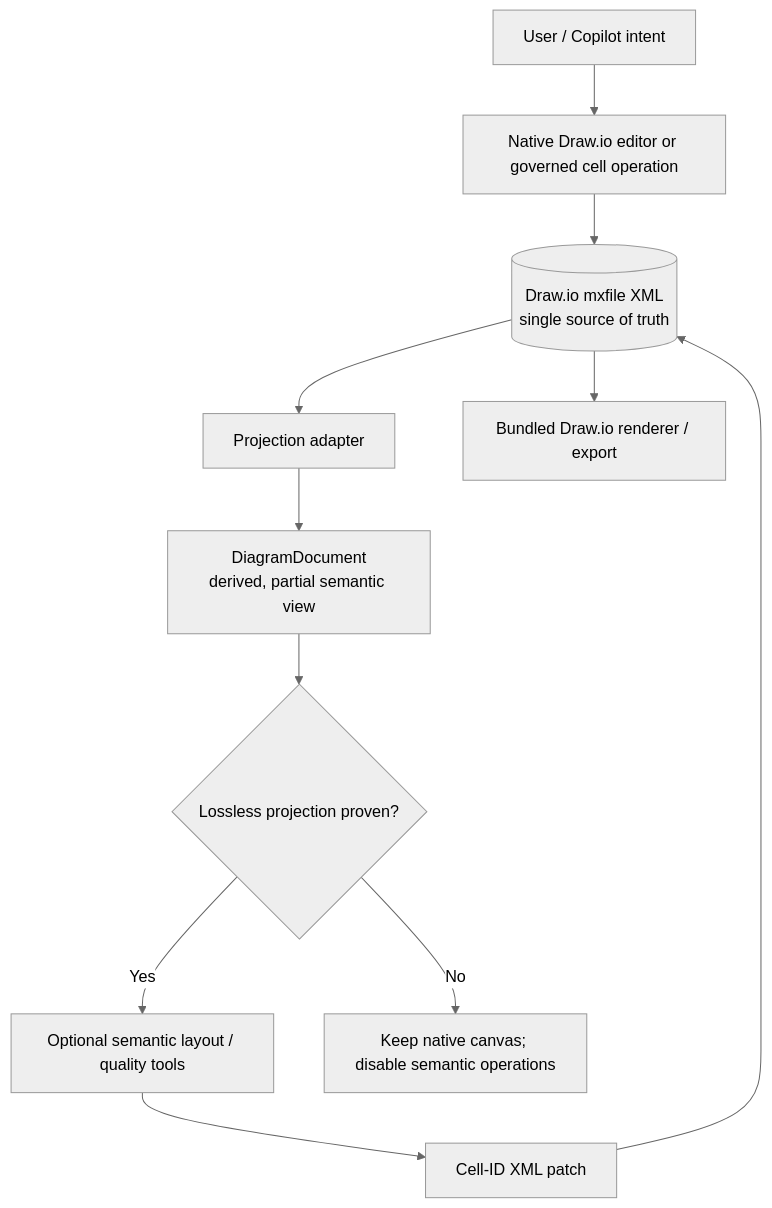
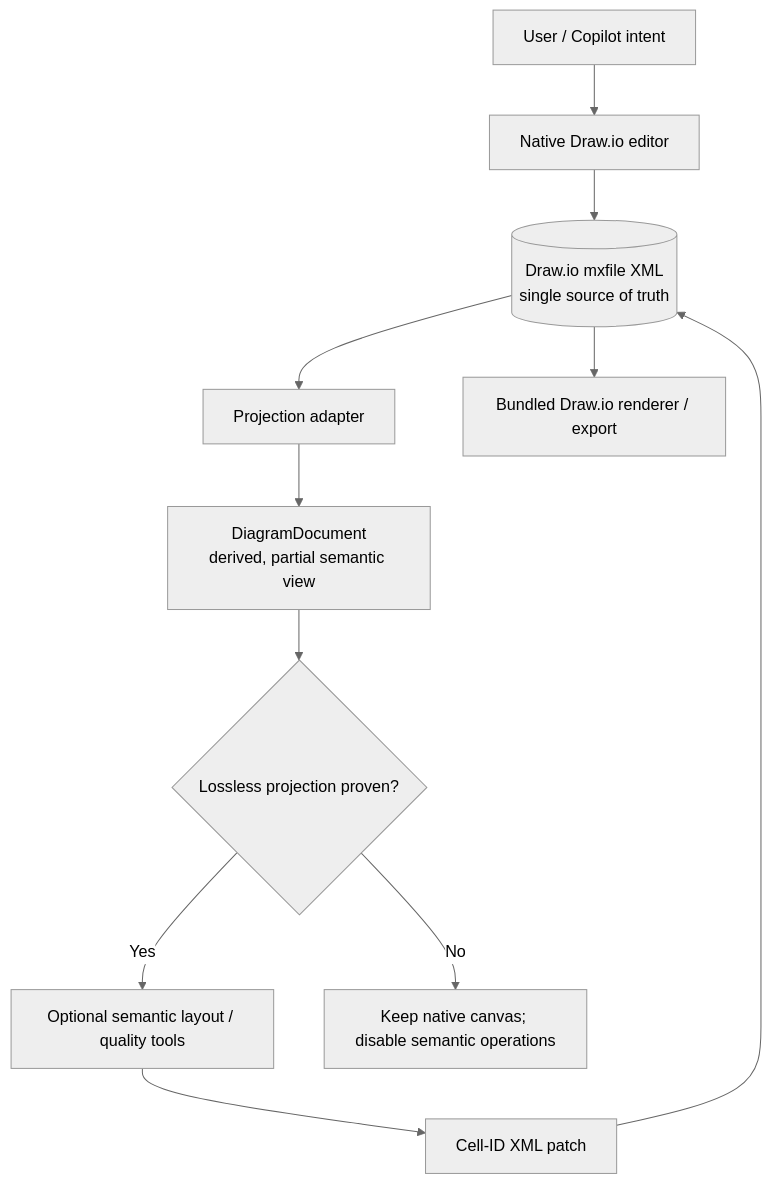
One commit to saga/architecture-diagram-studio changed the diagram in ARCHITECTURE-V2.md. Above: the diagram before and after it, drawn with Mermaid (neutral theme). The commit also changed other lines of this file, not shown here.

Commit message:
Clarify the sole native canvas in the architecture overview

````diff
--- a/ARCHITECTURE-V2.md
+++ b/ARCHITECTURE-V2.md
@@ -15,13 +15,13 @@
 ```mermaid
 flowchart TD
-    Intent["User / Copilot intent"] --> NativeEdit["Native Draw.io editor or governed cell operation"]
+    Intent["User / Copilot intent"] --> NativeEdit["Native Draw.io editor"]
     NativeEdit --> XML[("Draw.io mxfile XML<br/>single source of truth")]
     XML --> Projection["Projection adapter"]
     Projection --> Semantic["DiagramDocument<br/>derived, partial semantic view"]
     Semantic --> Gate{"Lossless projection proven?"}
     Gate -- Yes --> Layout["Optional semantic layout / quality tools"]
     Layout --> Patch["Cell-ID XML patch"]
     Patch --> XML
     Gate -- No --> NativeOnly["Keep native canvas; disable semantic operations"]
     XML --> Renderer["Bundled Draw.io renderer / export"]
 ```
````
